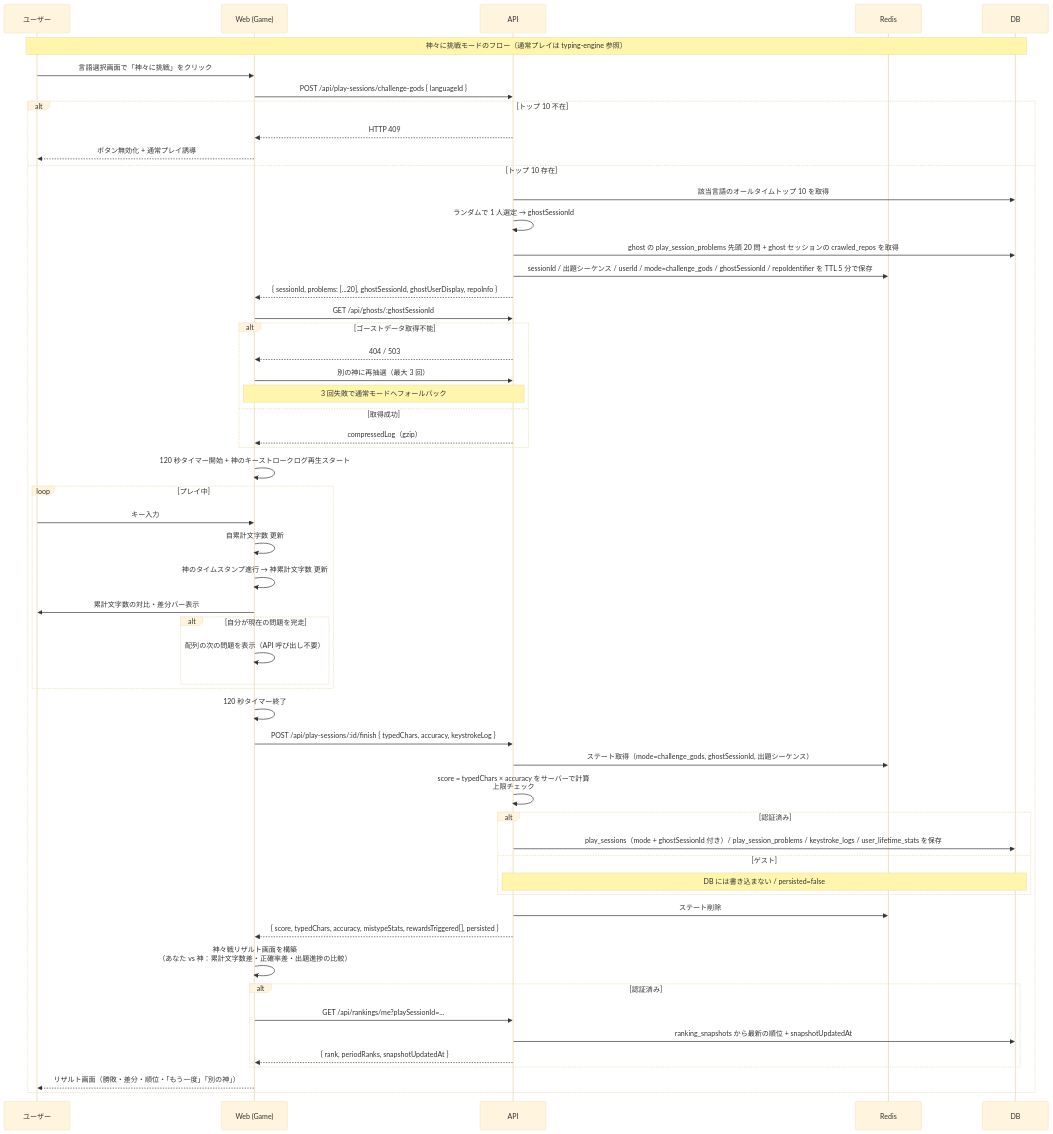
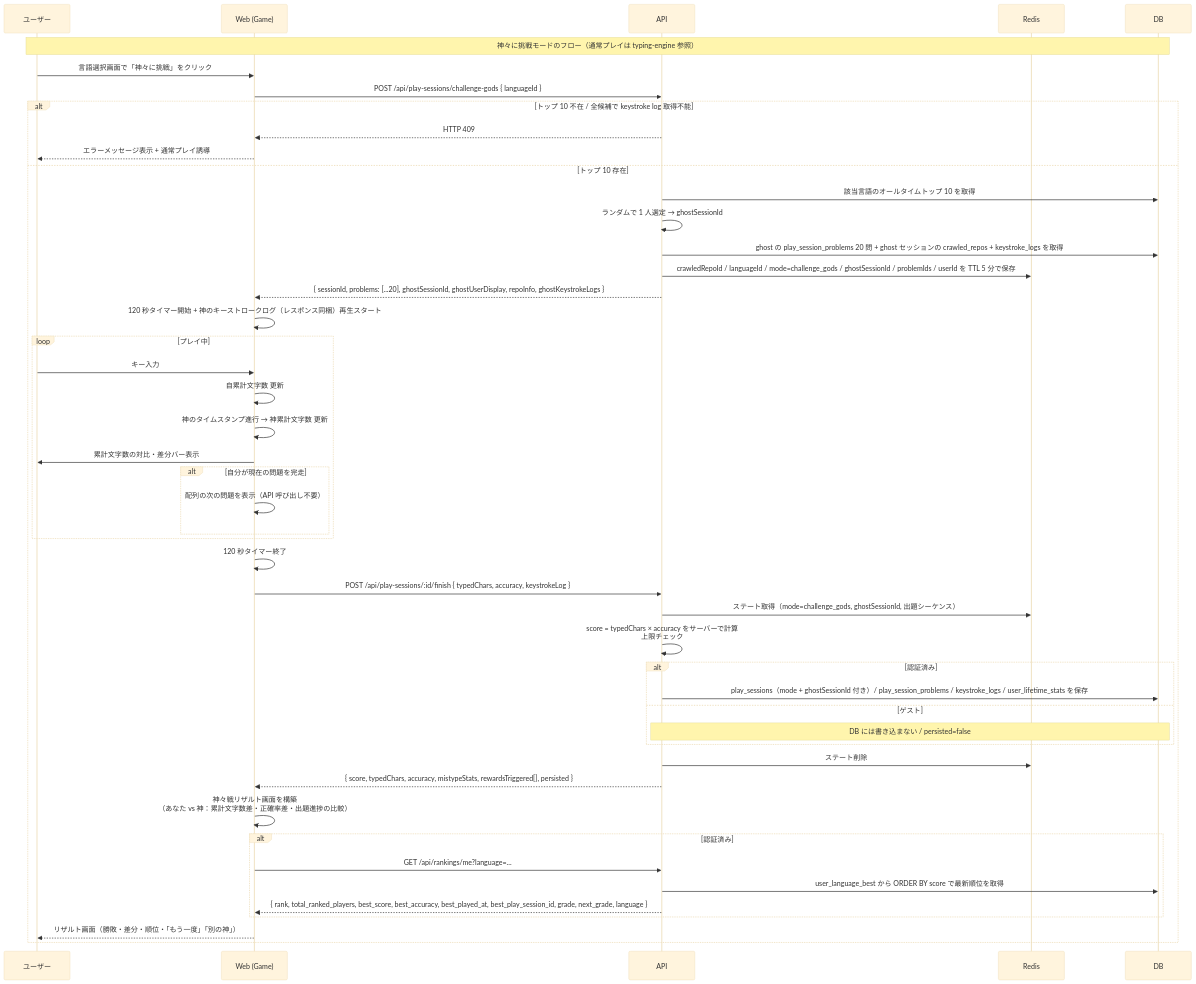
The diagram in docs/spec/ghost-battle/README.md (kentakki416/typing-royale), drawn with Mermaid (base theme) before and after one commit. The commit also changed other lines of this file and 51 other files, not shown here.

````diff
--- a/docs/spec/ghost-battle/README.md
+++ b/docs/spec/ghost-battle/README.md
@@ -205,65 +207,56 @@
 ```mermaid
 sequenceDiagram
     participant U as ユーザー
     participant W as Web (Game)
     participant API as API
     participant Redis as Redis
     participant DB as DB
 
     Note over U,DB: 神々に挑戦モードのフロー（通常プレイは typing-engine 参照）
 
     U->>W: 言語選択画面で「神々に挑戦」をクリック
     W->>API: POST /api/play-sessions/challenge-gods { languageId }
 
-    alt トップ 10 不在
+    alt トップ 10 不在 / 全候補で keystroke log 取得不能
         API-->>W: HTTP 409
-        W-->>U: ボタン無効化 + 通常プレイ誘導
+        W-->>U: エラーメッセージ表示 + 通常プレイ誘導
     else トップ 10 存在
         API->>DB: 該当言語のオールタイムトップ 10 を取得
         API->>API: ランダムで 1 人選定 → ghostSessionId
-        API->>DB: ghost の play_session_problems 先頭 20 問 + ghost セッションの crawled_repos を取得
-        API->>Redis: sessionId / 出題シーケンス / userId / mode=challenge_gods / ghostSessionId / repoIdentifier を TTL 5 分で保存
-        API-->>W: { sessionId, problems: [...20], ghostSessionId, ghostUserDisplay, repoInfo }
+        API->>DB: ghost の play_session_problems 20 問 + ghost セッションの crawled_repos + keystroke_logs を取得
+        API->>Redis: crawledRepoId / languageId / mode=challenge_gods / ghostSessionId / problemIds / userId を TTL 5 分で保存
+        API-->>W: { sessionId, problems: [...20], ghostSessionId, ghostUserDisplay, repoInfo, ghostKeystrokeLogs }
 
-        W->>API: GET /api/ghosts/:ghostSessionId
-        alt ゴーストデータ取得不能
-            API-->>W: 404 / 503
-            W->>API: 別の神に再抽選（最大 3 回）
-            Note over W,API: 3 回失敗で通常モードへフォールバック
-        else 取得成功
-            API-->>W: compressedLog（gzip）
-        end
-
-        W->>W: 120 秒タイマー開始 + 神のキーストロークログ再生スタート
+        W->>W: 120 秒タイマー開始 + 神のキーストロークログ（レスポンス同梱）再生スタート
 
         loop プレイ中
             U->>W: キー入力
             W->>W: 自累計文字数 更新
             W->>W: 神のタイムスタンプ進行 → 神累計文字数 更新
             W->>U: 累計文字数の対比・差分バー表示
             alt 自分が現在の問題を完走
                 W->>W: 配列の次の問題を表示（API 呼び出し不要）
             end
         end
 
         W->>W: 120 秒タイマー終了
         W->>API: POST /api/play-sessions/:id/finish { typedChars, accuracy, keystrokeLog }
         API->>Redis: ステート取得（mode=challenge_gods, ghostSessionId, 出題シーケンス）
         API->>API: score = typedChars × accuracy をサーバーで計算<br/>上限チェック
         alt 認証済み
             API->>DB: play_sessions（mode + ghostSessionId 付き）/ play_session_problems / keystroke_logs / user_lifetime_stats を保存
         else ゲスト
             Note over API,DB: DB には書き込まない / persisted=false
         end
         API->>Redis: ステート削除
         API-->>W: { score, typedChars, accuracy, mistypeStats, rewardsTriggered[], persisted }
 
         W->>W: 神々戦リザルト画面を構築<br/>（あなた vs 神：累計文字数差・正確率差・出題進捗の比較）
         alt 認証済み
-            W->>API: GET /api/rankings/me?playSessionId=...
-            API->>DB: ranking_snapshots から最新の順位 + snapshotUpdatedAt
-            API-->>W: { rank, periodRanks, snapshotUpdatedAt }
+            W->>API: GET /api/rankings/me?language=...
+            API->>DB: user_language_best から ORDER BY score で最新順位を取得
+            API-->>W: { rank, total_ranked_players, best_score, best_accuracy, best_played_at, best_play_session_id, grade, next_grade, language }
         end
         W-->>U: リザルト画面（勝敗・差分・順位・「もう一度」「別の神」）
     end
 ```
````
